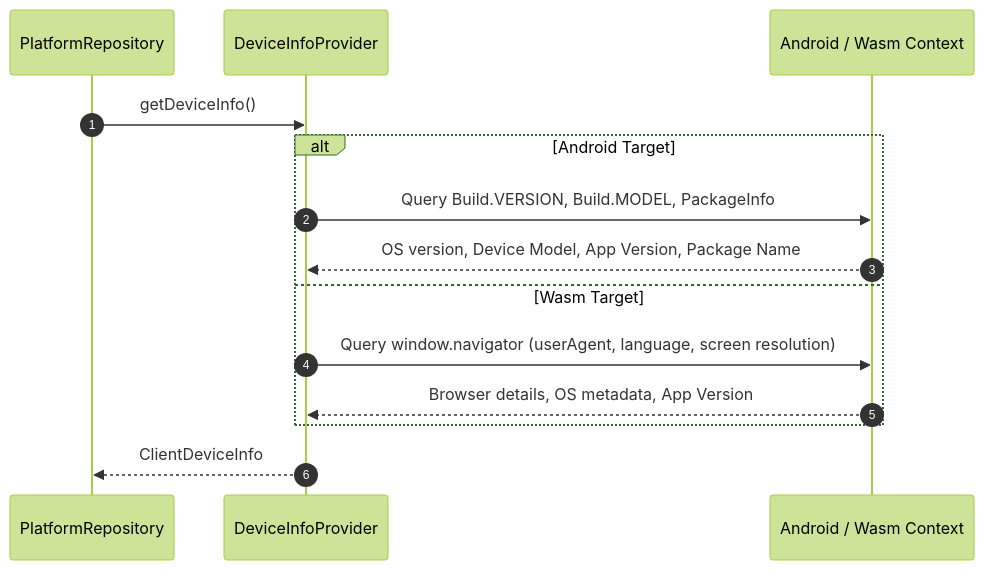
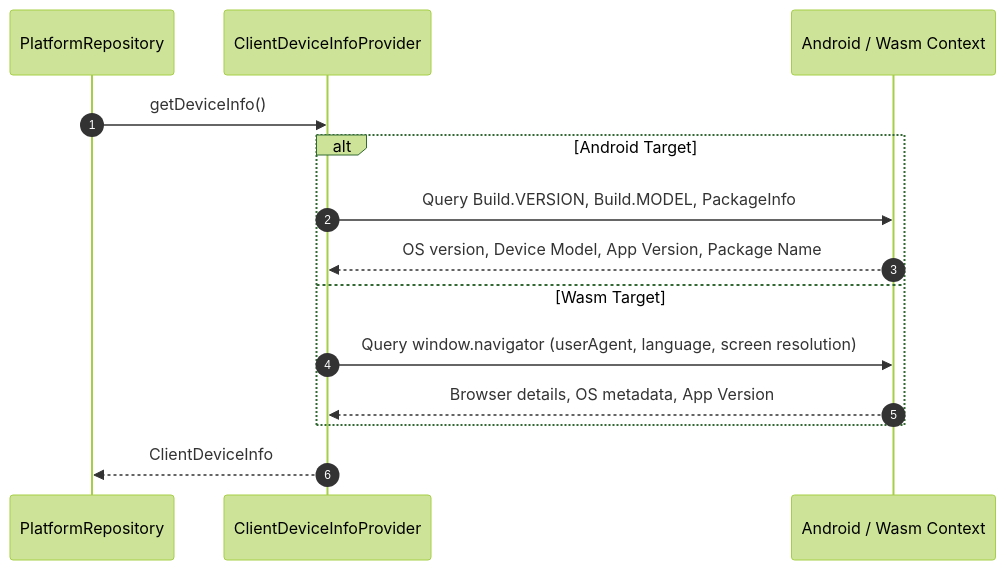
Before and after one commit to mudrichenkoevgeny/kmp-platform-sdk: the second of 2 diagrams in docs/architecture/flows/storage_and_platform.md, drawn with Mermaid (forest theme). The commit also changed other lines of this file and 40 other files, not shown here.

Commit message:
refactor: rename deviceInfo to clientDeviceInfo

````diff
--- a/docs/architecture/flows/storage_and_platform.md
+++ b/docs/architecture/flows/storage_and_platform.md
@@ -49,19 +49,19 @@
 ```mermaid
 sequenceDiagram
     autonumber
     participant Core as PlatformRepository
-    participant Provider as DeviceInfoProvider
+    participant Provider as ClientDeviceInfoProvider
     participant Context as Android / Wasm Context
 
     Core->>Provider: getDeviceInfo()
     
     alt Android Target
         Provider->>Context: Query Build.VERSION, Build.MODEL, PackageInfo
         Context-->>Provider: OS version, Device Model, App Version, Package Name
     else Wasm Target
         Provider->>Context: Query window.navigator (userAgent, language, screen resolution)
         Context-->>Provider: Browser details, OS metadata, App Version
     end
 
     Provider-->>Core: ClientDeviceInfo
 ```
````
